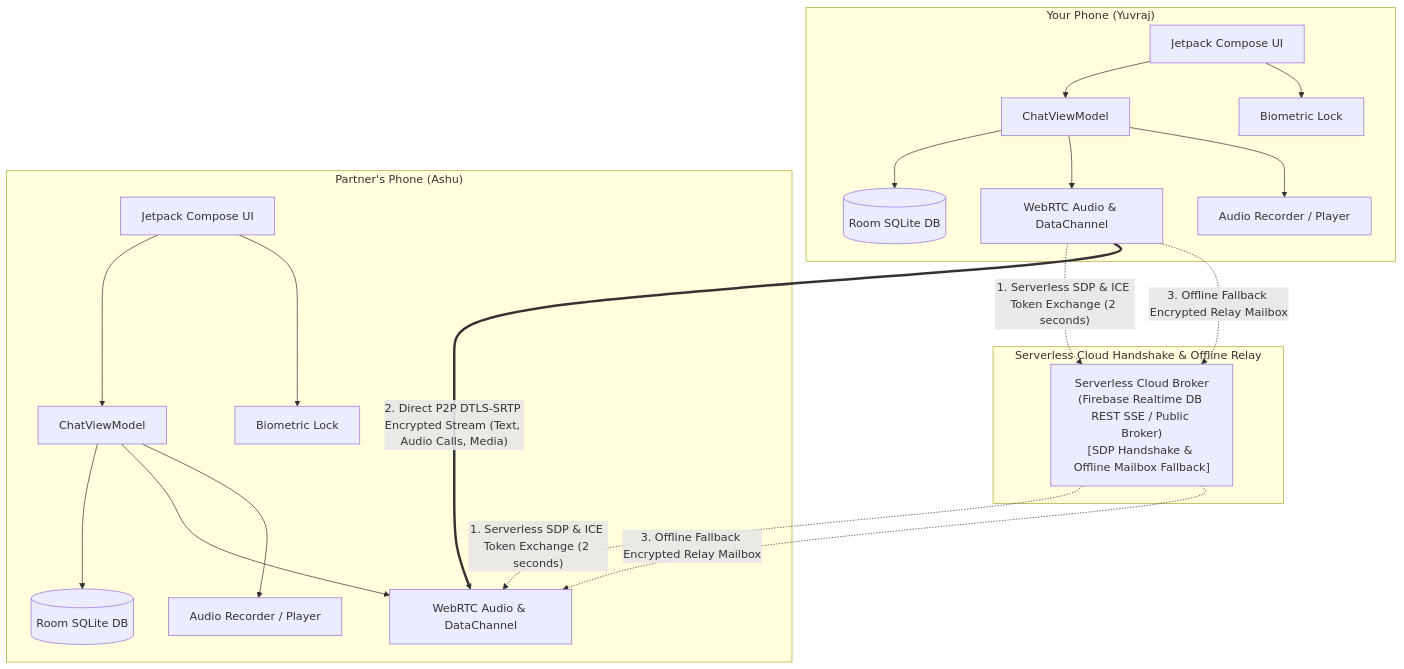
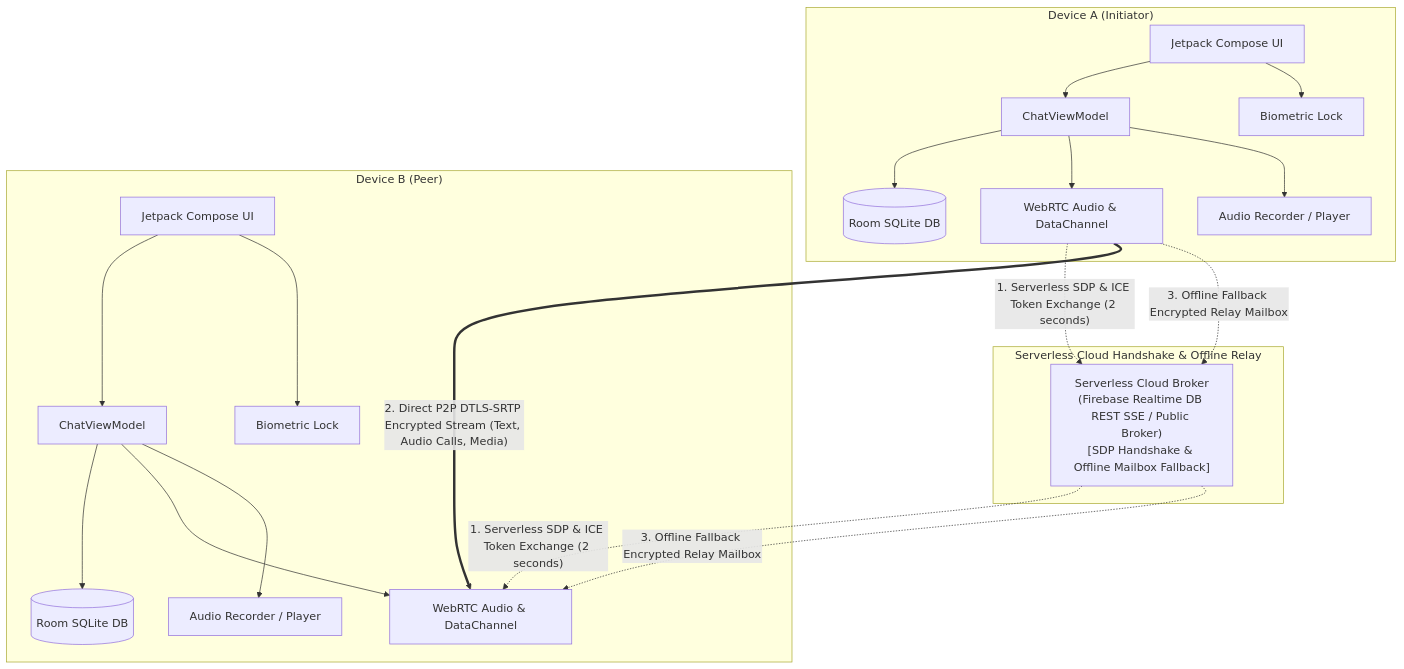
The diagram in README.md (itsmeyuvraj/AshuChat), drawn with Mermaid before and after one commit. The commit also changed other lines of this file, not shown here.

````diff
--- a/README.md
+++ b/README.md
@@ -83,40 +83,40 @@
 ```mermaid
 graph TD
-    subgraph Device A ["Your Phone (Yuvraj)"]
+    subgraph Device A ["Device A (Initiator)"]
         UI_A["Jetpack Compose UI"]
         VM_A["ChatViewModel"]
         ROOM_A[("Room SQLite DB")]
         RTC_A["WebRTC Audio & DataChannel"]
         AUDIO_A["Audio Recorder / Player"]
         BIO_A["Biometric Lock"]
         UI_A --> VM_A
         VM_A --> ROOM_A
         VM_A --> RTC_A
         VM_A --> AUDIO_A
         UI_A --> BIO_A
     end
 
     subgraph Serverless ["Serverless Cloud Handshake & Offline Relay"]
         RTDB["Serverless Cloud Broker\n(Firebase Realtime DB REST SSE / Public Broker)\n[SDP Handshake & Offline Mailbox Fallback]"]
     end
 
-    subgraph Device B ["Partner's Phone (Ashu)"]
+    subgraph Device B ["Device B (Peer)"]
         UI_B["Jetpack Compose UI"]
         VM_B["ChatViewModel"]
         ROOM_B[("Room SQLite DB")]
         RTC_B["WebRTC Audio & DataChannel"]
         AUDIO_B["Audio Recorder / Player"]
         BIO_B["Biometric Lock"]
         UI_B --> VM_B
         VM_B --> ROOM_B
         VM_B --> RTC_B
         VM_B --> AUDIO_B
         UI_B --> BIO_B
     end
 
     RTC_A -. "1. Serverless SDP & ICE Token Exchange (2 seconds)" .-> RTDB
     RTDB -. "1. Serverless SDP & ICE Token Exchange (2 seconds)" .-> RTC_B
     RTC_A == "2. Direct P2P DTLS-SRTP Encrypted Stream (Text, Audio Calls, Media)" ==> RTC_B
     RTC_A -. "3. Offline Fallback Encrypted Relay Mailbox" .-> RTDB
     RTDB -. "3. Offline Fallback Encrypted Relay Mailbox" .-> RTC_B
 ```
````
